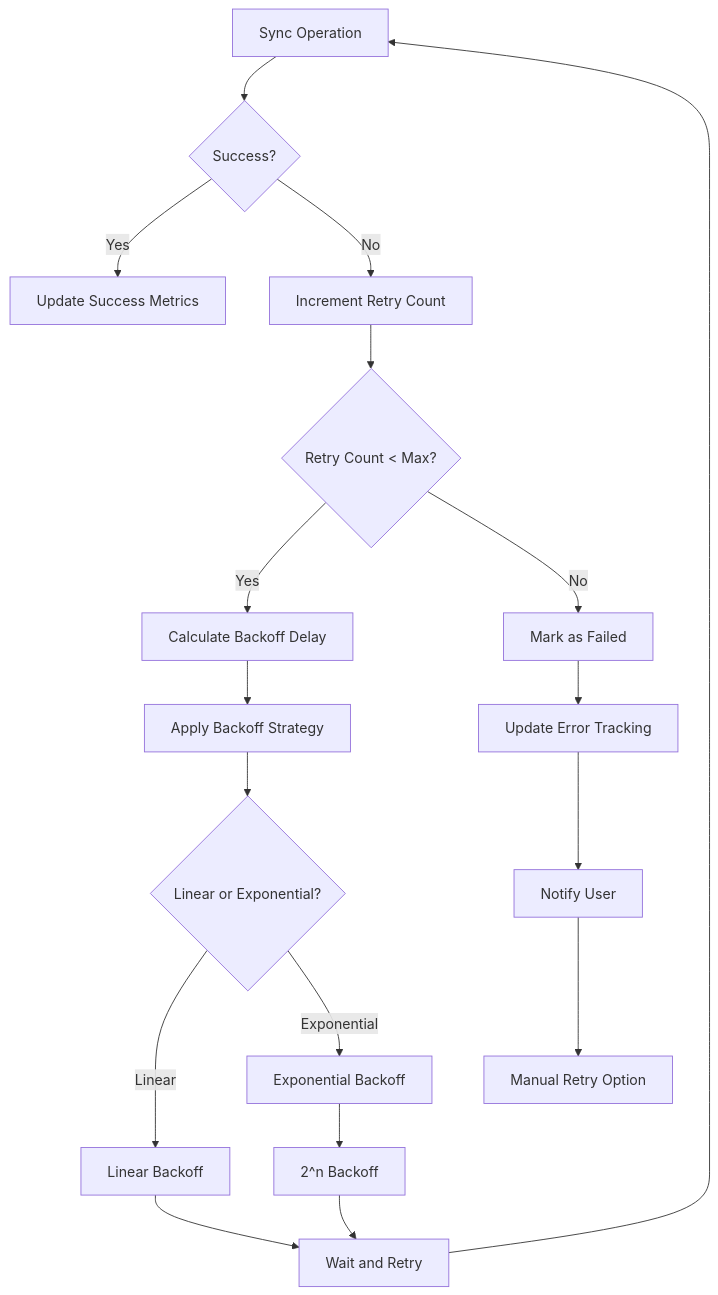
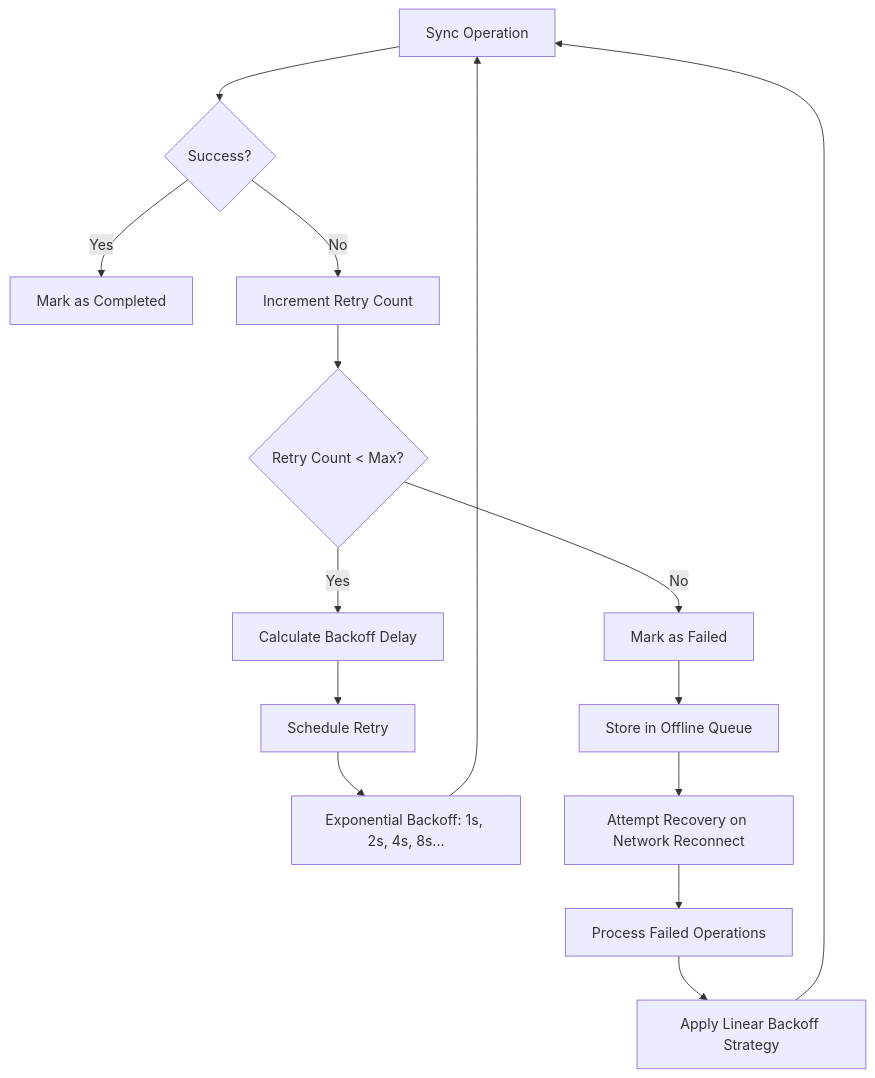
Diagram 14 of 18 in .qoder/repowiki/en/content/Architecture Overview/Data Management Architecture/Data Synchronization Workflow/Data Synchronization Workflow.md (geniusdynamics/schoolpilot), drawn with Mermaid before and after one commit. The commit also changed other lines of this file and 19 other files, not shown here.

````diff
--- a/.qoder/repowiki/en/content/Architecture Overview/Data Management Architecture/Data Synchronization Workflow/Data Synchronization Workflow.md
+++ b/.qoder/repowiki/en/content/Architecture Overview/Data Management Architecture/Data Synchronization Workflow/Data Synchronization Workflow.md
@@ -456,20 +626,17 @@
 ```mermaid
 flowchart TD
 A[Sync Operation] --> B{Success?}
-B --> |Yes| C[Update Success Metrics]
+B --> |Yes| C[Mark as Completed]
 B --> |No| D[Increment Retry Count]
 D --> E{Retry Count < Max?}
 E --> |Yes| F[Calculate Backoff Delay]
-F --> G[Apply Backoff Strategy]
-G --> H{Linear or Exponential?}
-H --> |Linear| I[Linear Backoff]
-H --> |Exponential| J[Exponential Backoff]
-I --> K[Wait and Retry]
-J --> L[2^n Backoff]
-L --> K
-K --> A
-E --> |No| M[Mark as Failed]
-M --> N[Update Error Tracking]
-N --> O[Notify User]
-O --> P[Manual Retry Option]
+F --> G[Schedule Retry]
+G --> H[Exponential Backoff: 1s, 2s, 4s, 8s...]
+H --> A
+E --> |No| I[Mark as Failed]
+I --> J[Store in Offline Queue]
+J --> K[Attempt Recovery on Network Reconnect]
+K --> L[Process Failed Operations]
+L --> M[Apply Linear Backoff Strategy]
+M --> A
 ```
````
